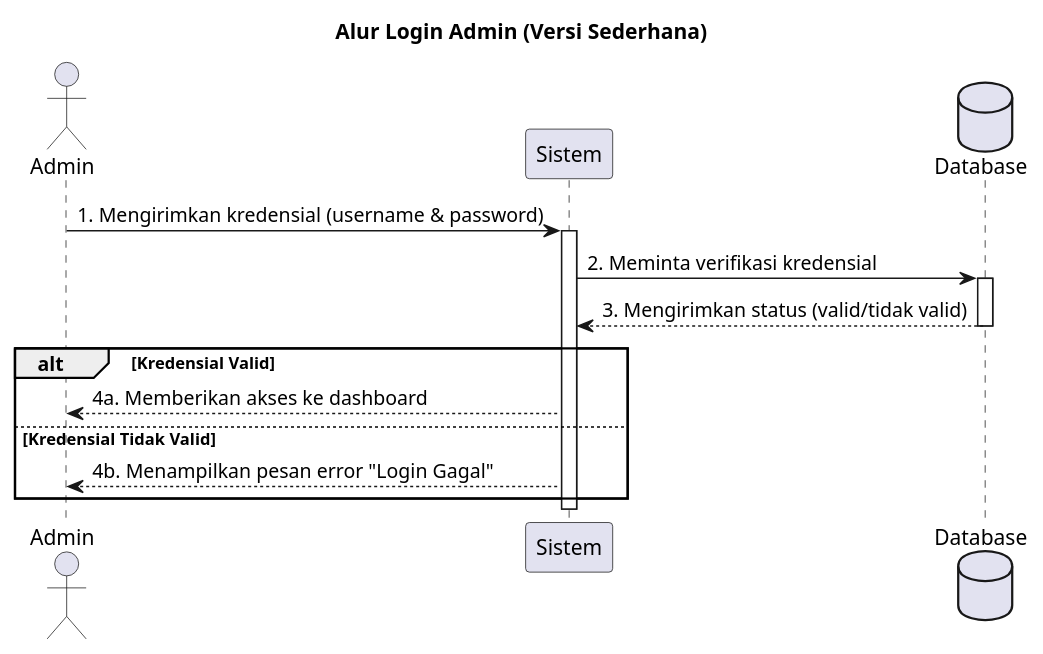
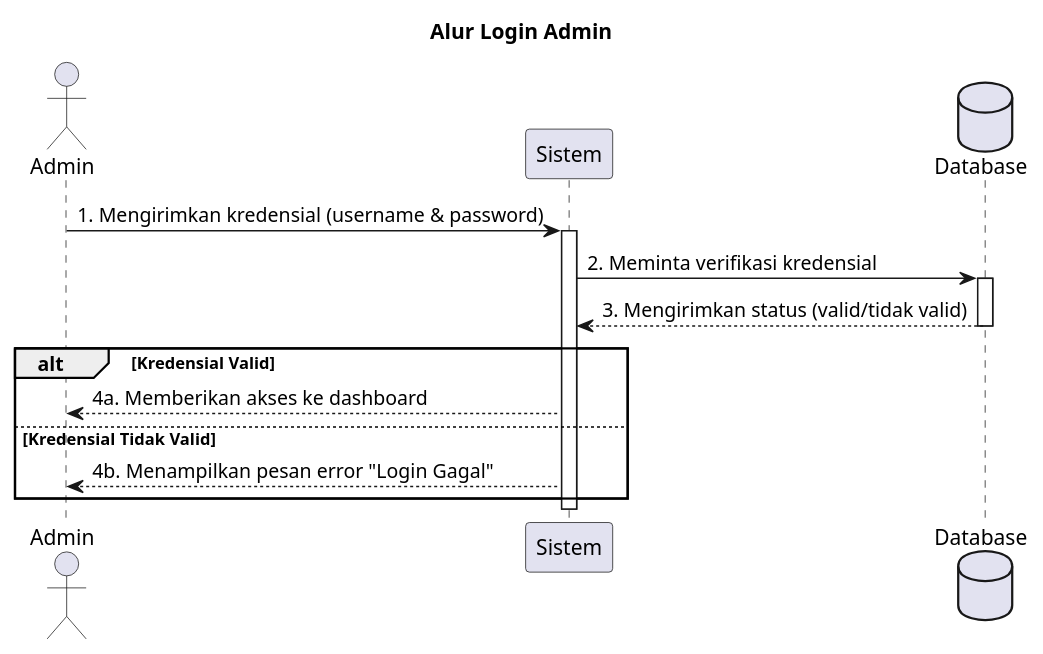
The diagram in JurnalAPPL/SequenceDiagram/Admin/Login.puml (myasirnovals/Appl), drawn with PlantUML before and after one commit. The commit also changed 6 other files, not shown here.

```diff
--- a/JurnalAPPL/SequenceDiagram/Admin/Login.puml
+++ b/JurnalAPPL/SequenceDiagram/Admin/Login.puml
@@ -1,31 +1,31 @@
 @startuml
 ' //===== Konfigurasi Tampilan (Opsional) =====//
 ' skinparam actorStyle awesome
 ' skinparam sequenceParticipant underline
 ' skinparam sequenceArrowingStyle open
 
 ' //===== Definisi Aktor & Partisipan =====//
 actor Admin
 participant "Sistem" as System
 database "Database" as DB
 
 ' //===== Alur Diagram =====//
-title Alur Login Admin (Versi Sederhana)
+title Alur Login Admin
 
 Admin -> System : 1. Mengirimkan kredensial (username & password)
 activate System
 
 System -> DB : 2. Meminta verifikasi kredensial
 activate DB
 DB --> System : 3. Mengirimkan status (valid/tidak valid)
 deactivate DB
 
 alt Kredensial Valid
     System --> Admin : 4a. Memberikan akses ke dashboard
 else Kredensial Tidak Valid
     System --> Admin : 4b. Menampilkan pesan error "Login Gagal"
 end
 
 deactivate System
 
 @enduml
```
